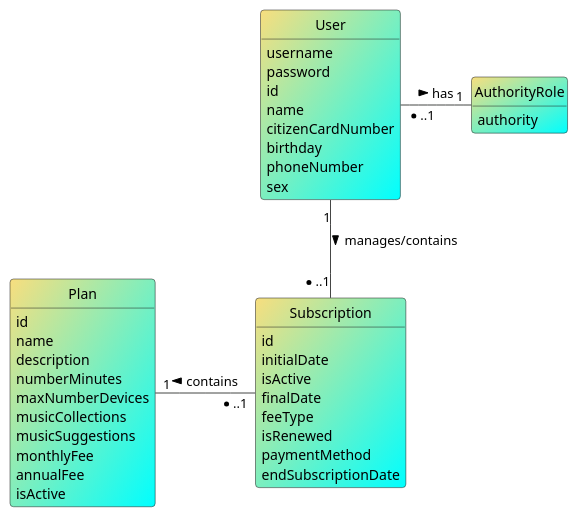
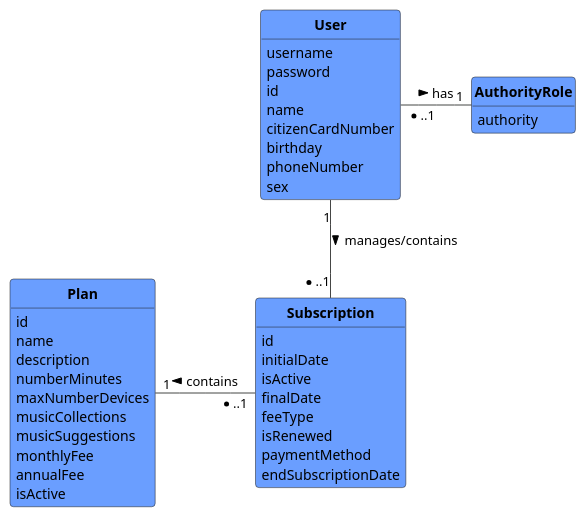
One commit to tam65r/protobuf-in-REST-aplication changed the diagram in protobuf-project/docs/DM.puml. Above: the diagram before and after it, drawn with PlantUML. The commit also changed 8 other files, not shown here.

Commit message:
atualizaões de diagramas

```diff
--- a/protobuf-project/docs/DM.puml
+++ b/protobuf-project/docs/DM.puml
@@ -1,60 +1,67 @@
 @startuml
 
 'https://plantuml.com/class-diagram
 skinparam classAttributeIconSize 0
 hide circle
 hide methods
 !theme toy
 
 skinparam backgroundColor Transparent
 
-class Plan #F8DE7E/00FFFF{
+
+skinparam Class {
+Shadowing true
+backgroundColor #6A9EFF
+FontStyle bold
+}
+
+class Plan {
     id
     name
     description
     numberMinutes
     maxNumberDevices
     musicCollections
     musicSuggestions
     monthlyFee
     annualFee
     isActive
 }
 
-class Subscription #F8DE7E/00FFFF{
+class Subscription{
     id
     initialDate
     isActive
     finalDate
     feeType
     isRenewed
     paymentMethod
     endSubscriptionDate
 }
 
 
 
 
-class AuthorityRole #F8DE7E/00FFFF{
+class AuthorityRole {
     authority
 }
 
-class User #F8DE7E/00FFFF{
+class User {
     username
     password
     id
     name
     citizenCardNumber
     birthday
     phoneNumber
     sex
 }
 
 Plan "1" -right-  "*..1" Subscription:contains <
 
 AuthorityRole "1" -left- "*..1" User:has <
 User "1" -down-  "*..1"Subscription:manages/contains >
 
 
 
 @enduml
```
